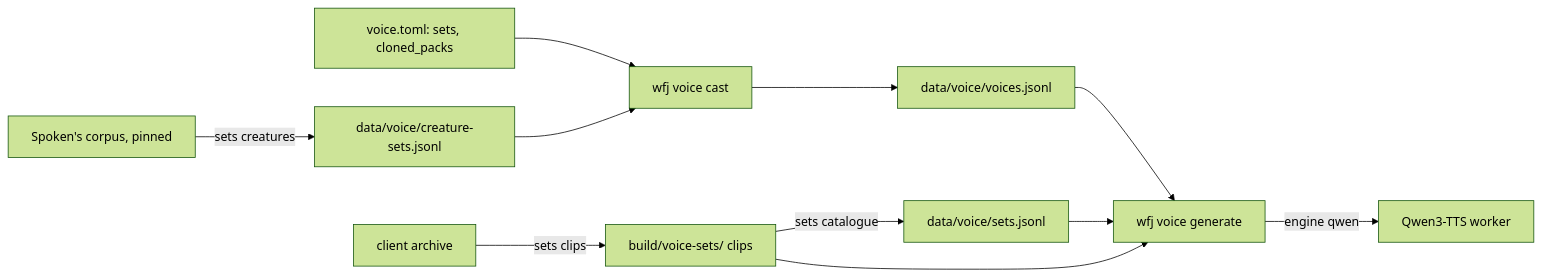
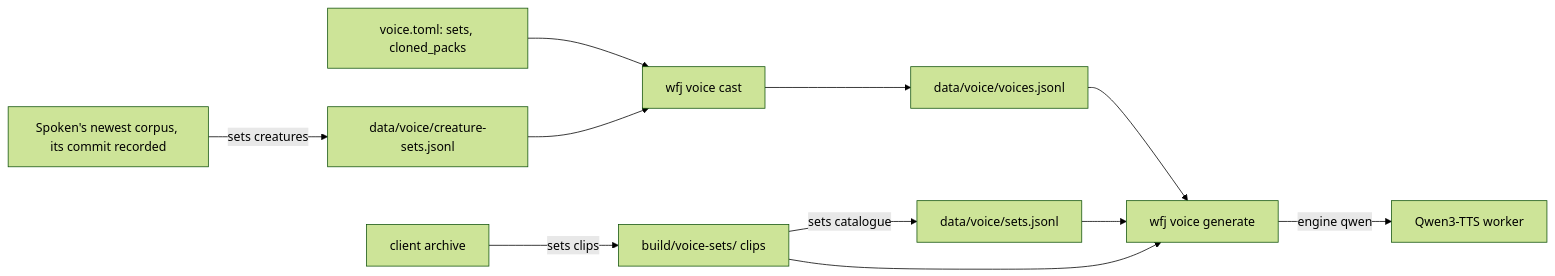
Before and after one commit to zyaga/wow-forever-japanese: the second of 2 diagrams in docs/systems/voice.md, drawn with Mermaid (forest theme). The commit also changed other lines of this file and 13 other files, not shown here.

Commit message:
Check possessive rows against their word, split an upper-case possessive, and download the Spoken corpus whole before recording it

````diff
--- a/docs/systems/voice.md
+++ b/docs/systems/voice.md
@@ -171,13 +171,13 @@
 ```mermaid
 flowchart LR
-  SP[Spoken's corpus, pinned] -->|sets creatures| CS[data/voice/creature-sets.jsonl]
+  SP[Spoken's newest corpus, its commit recorded] -->|sets creatures| CS[data/voice/creature-sets.jsonl]
   AR[client archive] -->|sets clips| CL[build/voice-sets/ clips]
   CL -->|sets catalogue| SJ[data/voice/sets.jsonl]
   VT[voice.toml: sets, cloned_packs] --> CA[wfj voice cast]
   CS --> CA
   CA --> VJ[data/voice/voices.jsonl]
   VJ --> GE[wfj voice generate]
   SJ --> GE
   CL --> GE
   GE -->|engine qwen| QW[Qwen3-TTS worker]
 ```
````
